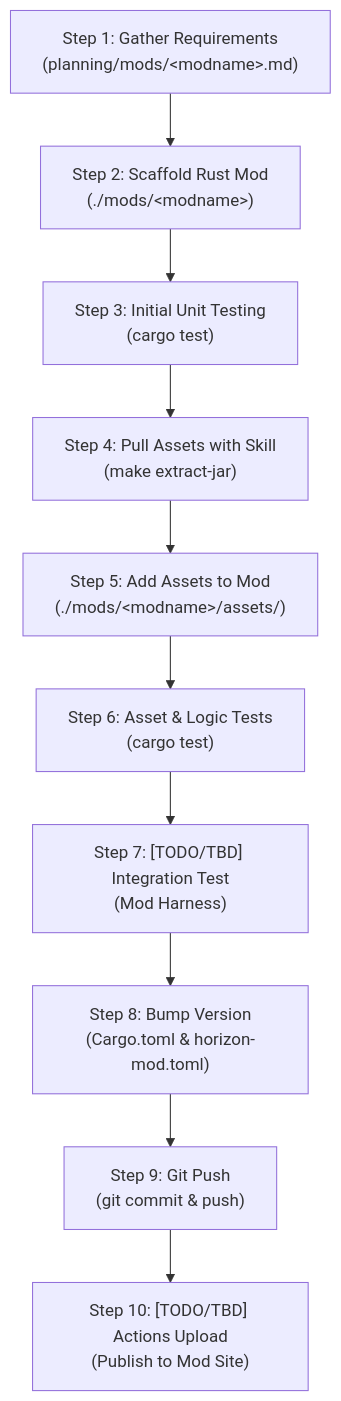
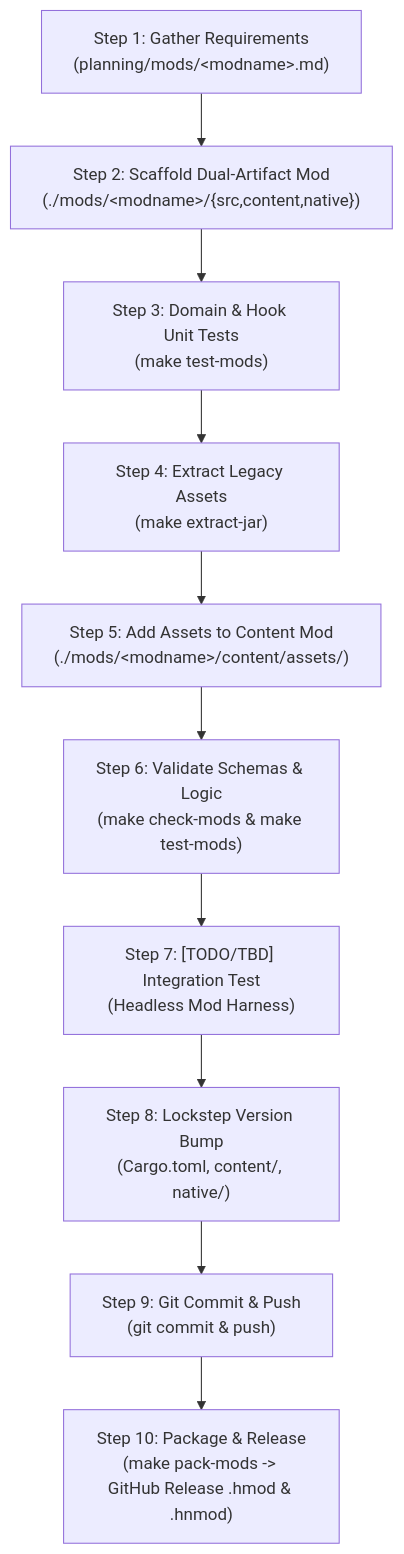
One commit to JonathanLStoff/rekkit changed the diagram in planning/workflow.md. Above: the diagram before and after it, drawn with Mermaid. The commit also changed other lines of this file and 64 other files, not shown here.

````diff
--- a/planning/workflow.md
+++ b/planning/workflow.md
@@ -17,12 +39,12 @@
 ```mermaid
 flowchart TD
-    A["Step 1: Gather Requirements<br/>(planning/mods/&lt;modname&gt;.md)"] --> B["Step 2: Scaffold Rust Mod<br/>(./mods/&lt;modname&gt;)"]
-    B --> C["Step 3: Initial Unit Testing<br/>(cargo test)"]
-    C --> D["Step 4: Pull Assets with Skill<br/>(make extract-jar)"]
-    D --> E["Step 5: Add Assets to Mod<br/>(./mods/&lt;modname&gt;/assets/)"]
-    E --> F["Step 6: Asset & Logic Tests<br/>(cargo test)"]
-    F --> G["Step 7: [TODO/TBD] Integration Test<br/>(Mod Harness)"]
-    G --> H["Step 8: Bump Version<br/>(Cargo.toml & horizon-mod.toml)"]
-    H --> I["Step 9: Git Push<br/>(git commit & push)"]
-    I --> J["Step 10: [TODO/TBD] Actions Upload<br/>(Publish to Mod Site)"]
+    A["Step 1: Gather Requirements<br/>(planning/mods/&lt;modname&gt;.md)"] --> B["Step 2: Scaffold Dual-Artifact Mod<br/>(./mods/&lt;modname&gt;/{src,content,native})"]
+    B --> C["Step 3: Domain & Hook Unit Tests<br/>(make test-mods)"]
+    C --> D["Step 4: Extract Legacy Assets<br/>(make extract-jar)"]
+    D --> E["Step 5: Add Assets to Content Mod<br/>(./mods/&lt;modname&gt;/content/assets/)"]
+    E --> F["Step 6: Validate Schemas & Logic<br/>(make check-mods & make test-mods)"]
+    F --> G["Step 7: [TODO/TBD] Integration Test<br/>(Headless Mod Harness)"]
+    G --> H["Step 8: Lockstep Version Bump<br/>(Cargo.toml, content/, native/)"]
+    H --> I["Step 9: Git Commit & Push<br/>(git commit & push)"]
+    I --> J["Step 10: Package & Release<br/>(make pack-mods -> GitHub Release .hmod & .hnmod)"]
 ```
````
